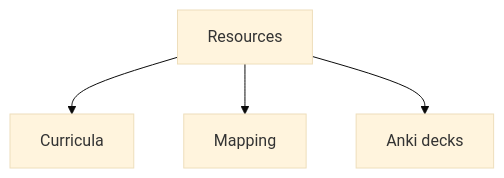
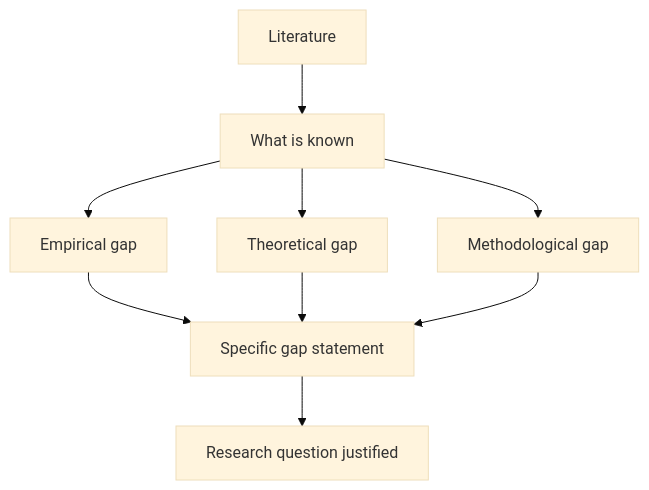
The sixth of 6 diagrams in 04_MPhil_PhD_Prep/literature_reviews/README.md (yip-lgtm/PhysicsSelfStudy), drawn with Mermaid (base theme) before and after one commit. The commit also changed other lines of this file and 17 other files, not shown here.

````diff
--- a/04_MPhil_PhD_Prep/literature_reviews/README.md
+++ b/04_MPhil_PhD_Prep/literature_reviews/README.md
@@ -143,6 +595,11 @@
 ```mermaid
 graph TD
-    A[Resources] --> B[Curricula]
-    A --> C[Mapping]
-    A --> D[Anki decks]
+    A[Literature] --> B[What is known]
+    B --> C[Empirical gap]
+    B --> D[Theoretical gap]
+    B --> E[Methodological gap]
+    C --> F[Specific gap statement]
+    D --> F
+    E --> F
+    F --> G[Research question justified]
 ```
````
